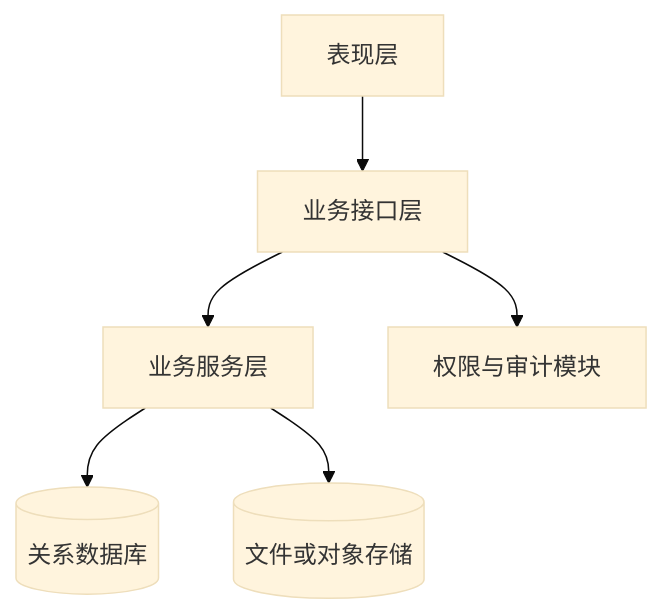
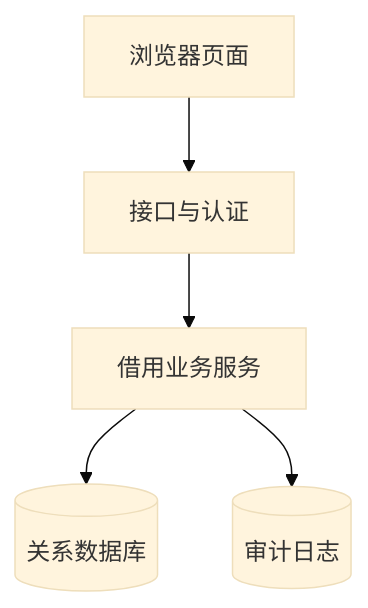
Before and after one commit to pqcqaq/zust-cs-thesis-template: the diagram in figures/mermaid/fig-3-1.mmd, drawn with Mermaid (base theme). The commit also changed 20 other files, not shown here.

```diff
--- a/figures/mermaid/fig-3-1.mmd
+++ b/figures/mermaid/fig-3-1.mmd
@@ -1,6 +1,5 @@
 flowchart TB
-    UI[表现层] --> API[业务接口层]
-    API --> Service[业务服务层]
+    UI[浏览器页面] --> API[接口与认证]
+    API --> Service[借用业务服务]
     Service --> DB[(关系数据库)]
-    Service --> File[(文件或对象存储)]
-    API --> Auth[权限与审计模块]
+    Service --> Log[(审计日志)]
```
